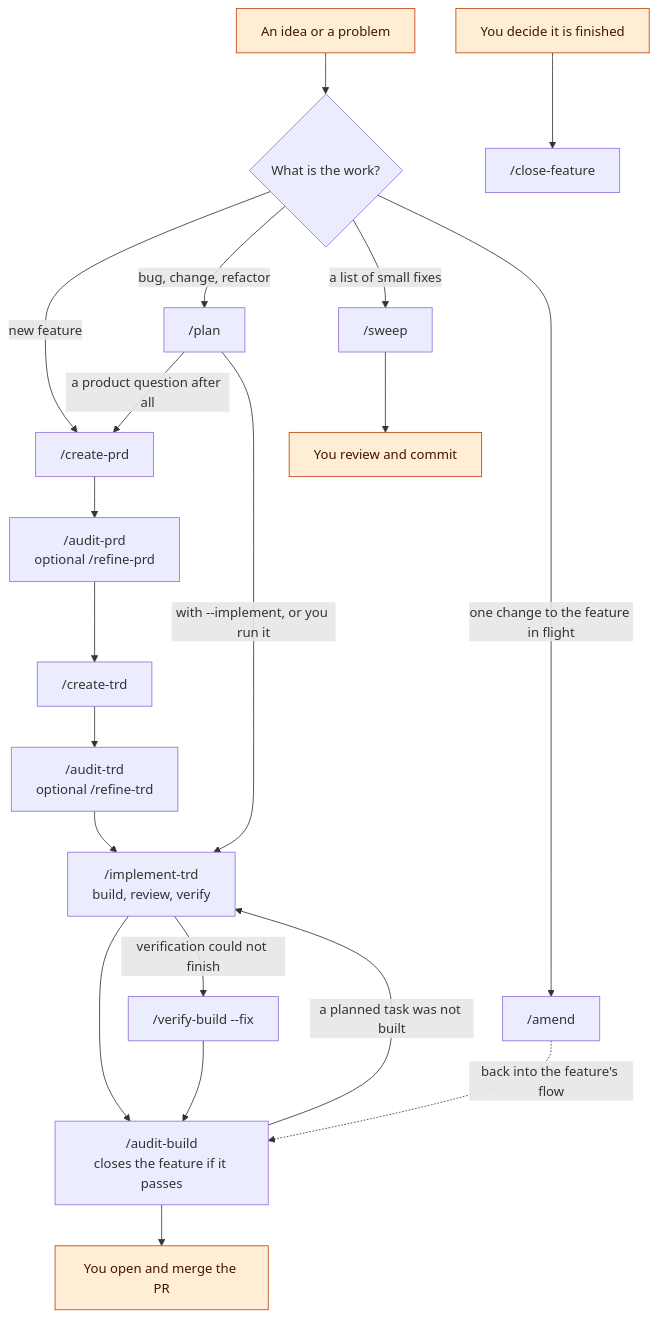
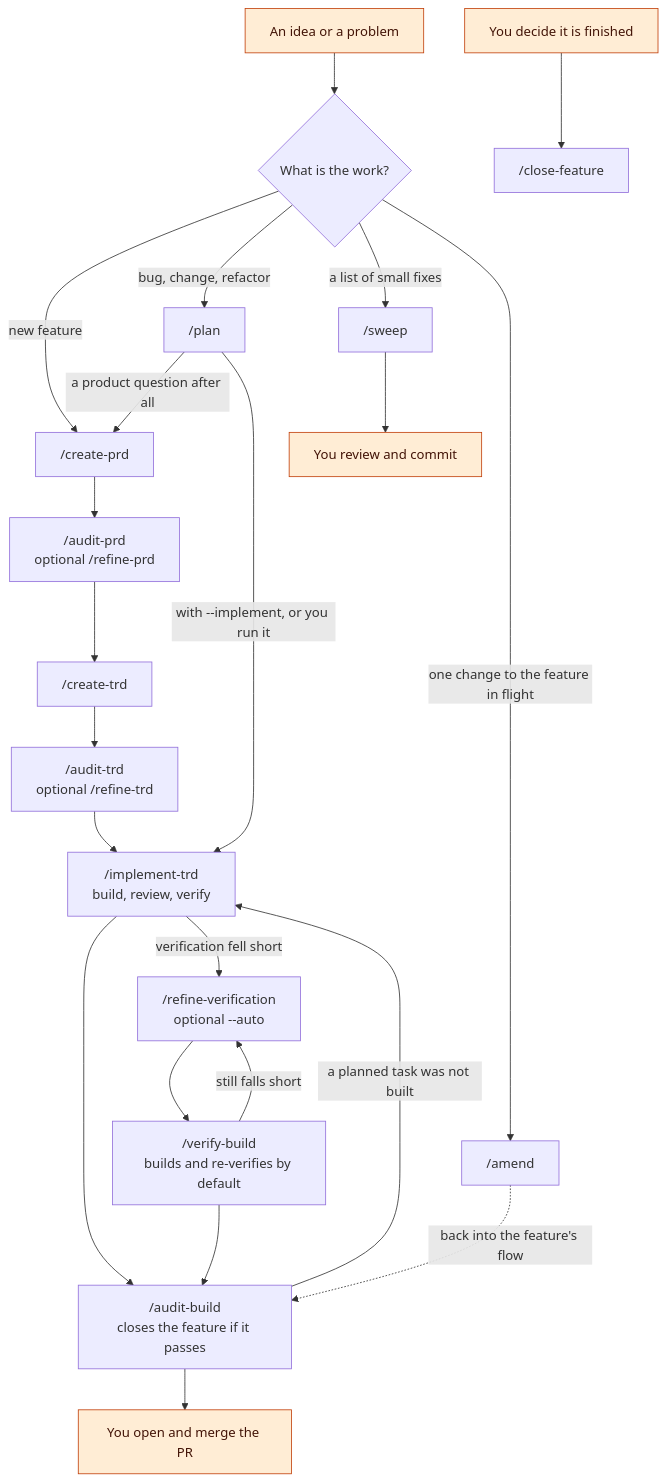
The first of 12 diagrams in docs/guides/PROCESS.md (FortiumPartners/ensemble-vnext), drawn with Mermaid before and after one commit. The commit also changed other lines of this file and 44 other files, not shown here.

First line of the commit message:
chore(phase 1): checkpoint — /refine-verification replaces verify-plan-recovery; /verify-build fixes by default (battery green; verify-app: one over-strict criterion, amended)

````diff
--- a/docs/guides/PROCESS.md
+++ b/docs/guides/PROCESS.md
@@ -36,16 +36,17 @@
 ```mermaid
 flowchart TD
     idea["An idea or a problem"]:::you --> q{"What is the work?"}
     q -->|"new feature"| cprd["/create-prd"] --> aprd["/audit-prd<br/>optional /refine-prd"] --> ctrd["/create-trd"] --> atrd["/audit-trd<br/>optional /refine-trd"] --> impl["/implement-trd<br/>build, review, verify"] --> ab["/audit-build<br/>closes the feature if it passes"] --> merge["You open and merge the PR"]:::you
     q -->|"bug, change, refactor"| plan["/plan"]
     plan -->|"a product question after all"| cprd
     plan -->|"with --implement, or you run it"| impl
     q -->|"a list of small fixes"| sweep["/sweep"] --> commit["You review and commit"]:::you
     q -->|"one change to the feature in flight"| amend["/amend"] -.->|"back into the feature's flow"| ab
     ab -->|"a planned task was not built"| impl
-    impl -->|"verification could not finish"| vb["/verify-build --fix"] --> ab
+    impl -->|"verification fell short"| rv["/refine-verification<br/>optional --auto"] --> vb["/verify-build<br/>builds and re-verifies by default"] --> ab
+    vb -->|"still falls short"| rv
     you2["You decide it is finished"]:::you --> cf["/close-feature"]
     classDef code fill:#dbeafe,stroke:#1d4ed8,color:#0b1d4a
     classDef model fill:#ede9fe,stroke:#6d28d9,color:#2e1065
     classDef you fill:#ffedd5,stroke:#c2410c,color:#431407
 ```
````
